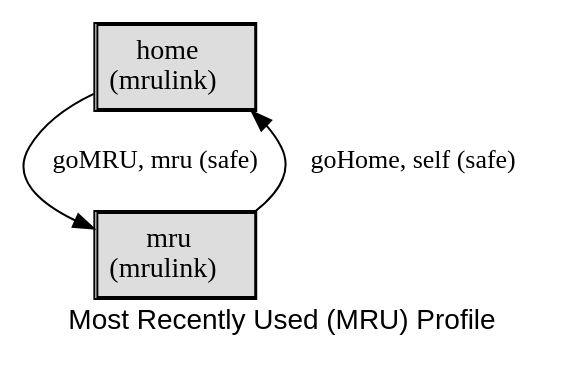
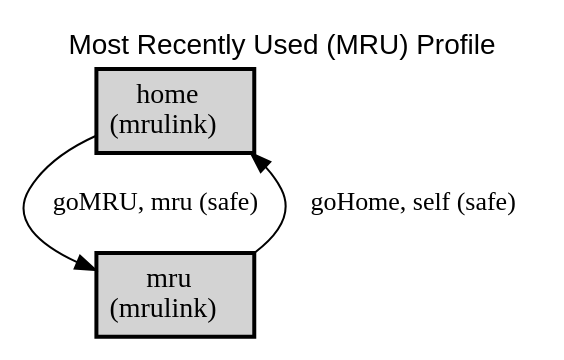
One commit to webapicookbook/alps-documents changed the diagram in docs/mru/mru.dot. Above: the diagram before and after it, drawn with Graphviz. The commit also changed 67 other files, not shown here.

Commit message:
update diagrams

```diff
--- a/docs/mru/mru.dot
+++ b/docs/mru/mru.dot
@@ -1,17 +1,17 @@
 digraph application_state_diagram {
   graph [
-    labelloc="b";
+    labelloc="t";
     fontname="Helvetica"
     label="Most Recently Used (MRU) Profile";
     URL="index.html" target="_parent"
   ];
-  node [shape = box, style = "bold,filled"];
+  node [shape = box, style = "bold,filled" fillcolor="lightgray"];
 
-    home [style=solid, margin=0.02, label=<<table cellspacing="0" cellpadding="5" cellborder="1" border="0"><tr><td bgcolor="#dddddd">home<br />(mrulink)<br /></td></tr></table>>,shape=box URL="docs/semantic.home.html" target="_parent"]
-    mru [style=solid, margin=0.02, label=<<table cellspacing="0" cellpadding="5" cellborder="1" border="0"><tr><td bgcolor="#dddddd">mru<br />(mrulink)<br /></td></tr></table>>,shape=box URL="docs/semantic.mru.html" target="_parent"]
+    home [margin=0.02, label=<<table cellspacing="0" cellpadding="5" border="0"><tr><td>home<br />(mrulink)<br /></td></tr></table>>,shape=box URL="docs/semantic.home.html" target="_parent"]
+    mru [margin=0.02, label=<<table cellspacing="0" cellpadding="5" border="0"><tr><td>mru<br />(mrulink)<br /></td></tr></table>>,shape=box URL="docs/semantic.mru.html" target="_parent"]
 
     home -> mru [label = "goMRU, mru (safe)" URL="docs/safe.goMRU.html" target="_parent" fontsize=13];
     mru -> home [label = "goHome, self (safe)" URL="docs/safe.goHome.html" target="_parent" fontsize=13];
 
 
 }
```
